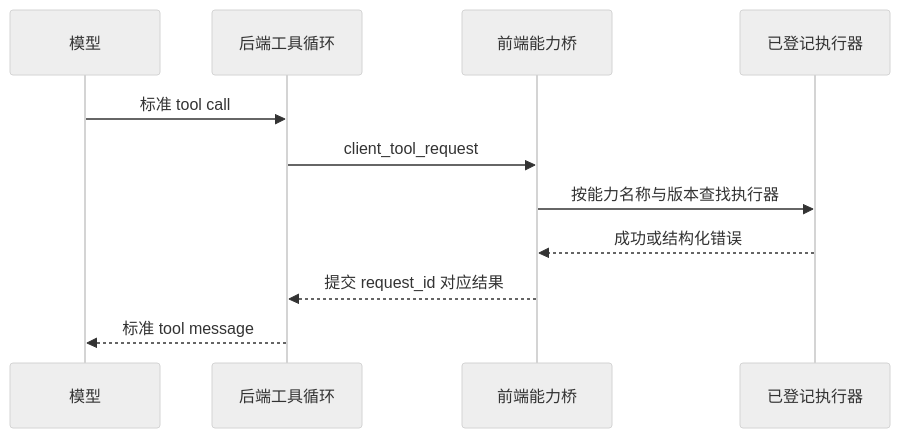
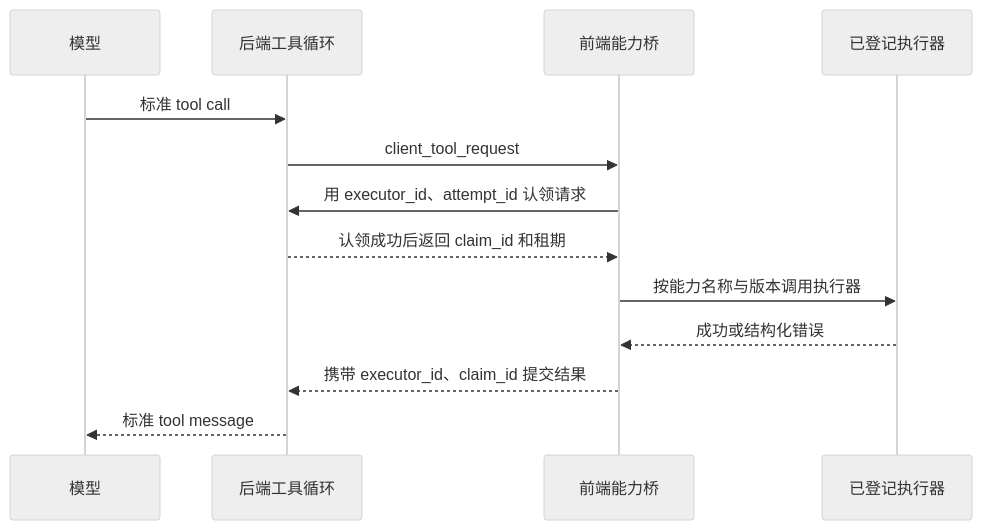
The diagram in docs/09_前端能力桥与会话管理工具.md (LikeMirage/Tiance), drawn with Mermaid (neutral theme) before and after one commit. The commit also changed other lines of this file and 4 other files, not shown here.

````diff
--- a/docs/09_前端能力桥与会话管理工具.md
+++ b/docs/09_前端能力桥与会话管理工具.md
@@ -11,13 +11,15 @@
 ```mermaid
 sequenceDiagram
     participant M as 模型
     participant B as 后端工具循环
     participant F as 前端能力桥
     participant U as 已登记执行器
     M->>B: 标准 tool call
     B->>F: client_tool_request
-    F->>U: 按能力名称与版本查找执行器
+    F->>B: 用 executor_id、attempt_id 认领请求
+    B-->>F: 认领成功后返回 claim_id 和租期
+    F->>U: 按能力名称与版本调用执行器
     U-->>F: 成功或结构化错误
-    F-->>B: 提交 request_id 对应结果
+    F-->>B: 携带 executor_id、claim_id 提交结果
     B-->>M: 标准 tool message
 ```
````
